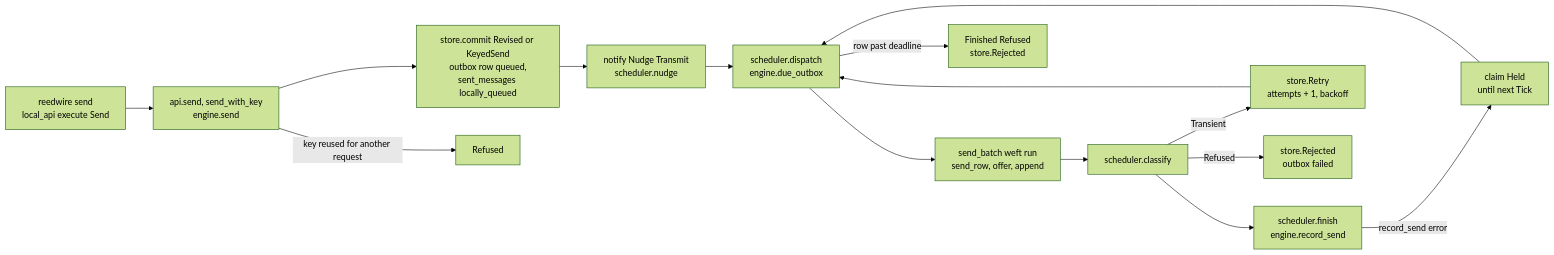
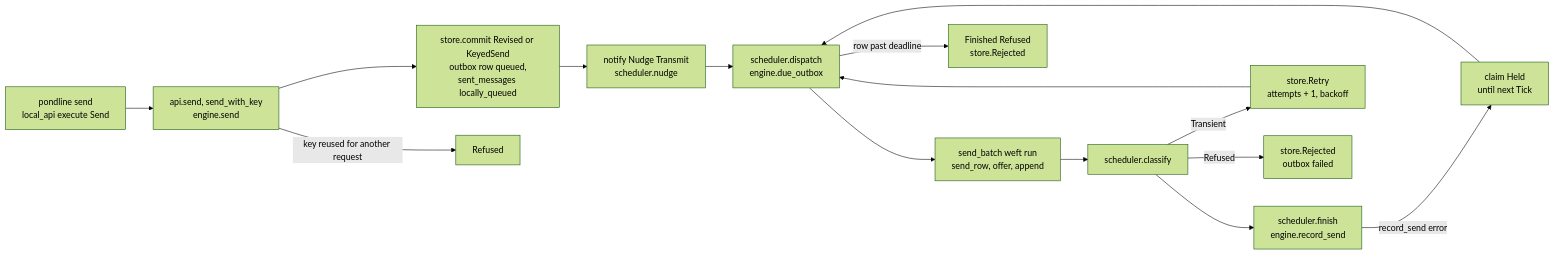
Before and after one commit to Roasbeef/pondline: the fourth of 14 diagrams in packages/daemon/README.md, drawn with Mermaid (forest theme). The commit also changed other lines of this file and 44 other files, not shown here.

````diff
--- a/packages/daemon/README.md
+++ b/packages/daemon/README.md
@@ -148,20 +148,20 @@
 ```mermaid
 flowchart LR
-    cmd["reedwire send<br/>local_api execute Send"]
+    cmd["pondline send<br/>local_api execute Send"]
     be["api.send, send_with_key<br/>engine.send"]
     commit["store.commit Revised or KeyedSend<br/>outbox row queued,<br/>sent_messages locally_queued"]
     nudge["notify Nudge Transmit<br/>scheduler.nudge"]
     disp["scheduler.dispatch<br/>engine.due_outbox"]
     run["send_batch weft run<br/>send_row, offer, append"]
     cls["scheduler.classify"]
     rec["scheduler.finish<br/>engine.record_send"]
 
     cmd --> be --> commit --> nudge --> disp --> run --> cls --> rec
     be -- "key reused for another request" --> r1["Refused"]
     disp -- "row past deadline" --> r2["Finished Refused<br/>store.Rejected"]
     cls -- "Transient" --> r3["store.Retry<br/>attempts + 1, backoff"]
     r3 --> disp
     cls -- "Refused" --> r4["store.Rejected<br/>outbox failed"]
     rec -- "record_send error" --> r5["claim Held<br/>until next Tick"]
     r5 --> disp
 ```
````
